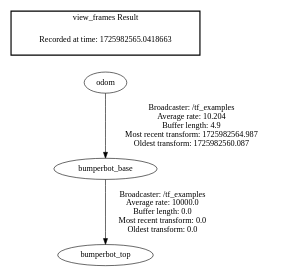
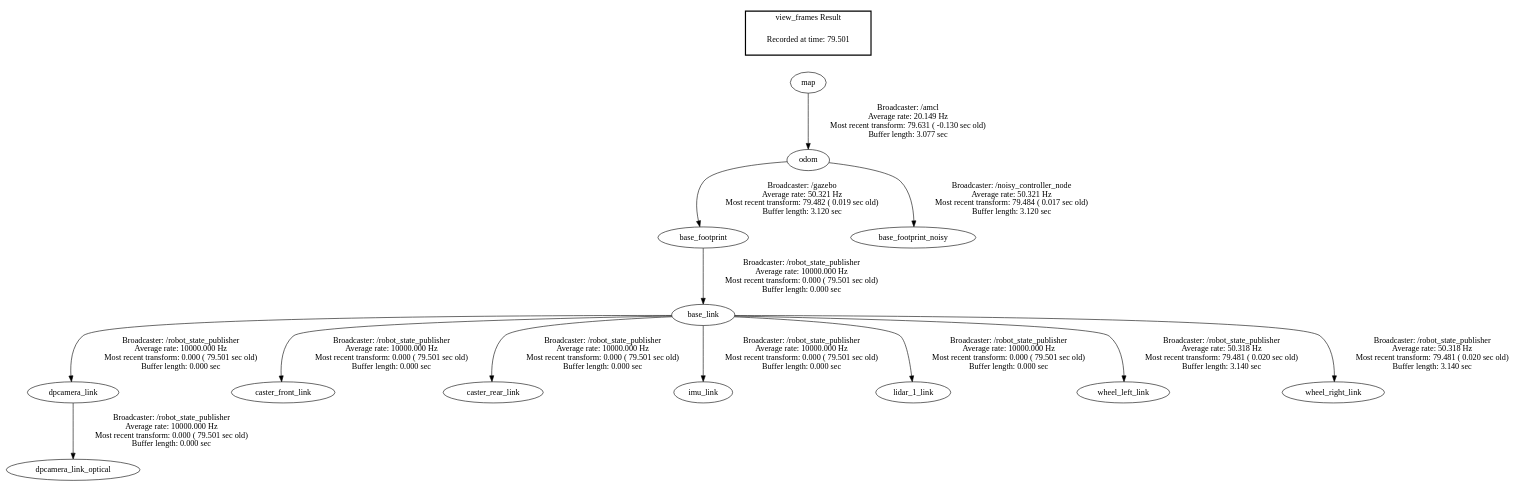
One commit to kwokkeith/Kepstone_Experimental_Robot changed the diagram in frames.gv. Above: the diagram before and after it, drawn with Graphviz. The commit also changed 393 other files, not shown here.

```diff
--- a/frames.gv
+++ b/frames.gv
@@ -1,8 +1,18 @@
 digraph G {
-"bumperbot_base" -> "bumperbot_top"[label=" Broadcaster: /tf_examples\nAverage rate: 10000.0\nBuffer length: 0.0\nMost recent transform: 0.0\nOldest transform: 0.0\n"];
-"odom" -> "bumperbot_base"[label=" Broadcaster: /tf_examples\nAverage rate: 10.204\nBuffer length: 4.9\nMost recent transform: 1725982564.987\nOldest transform: 1725982560.087\n"];
+"base_footprint" -> "base_link"[label="Broadcaster: /robot_state_publisher\nAverage rate: 10000.000 Hz\nMost recent transform: 0.000 ( 79.501 sec old)\nBuffer length: 0.000 sec\n"];
+"odom" -> "base_footprint"[label="Broadcaster: /gazebo\nAverage rate: 50.321 Hz\nMost recent transform: 79.482 ( 0.019 sec old)\nBuffer length: 3.120 sec\n"];
+"base_link" -> "dpcamera_link"[label="Broadcaster: /robot_state_publisher\nAverage rate: 10000.000 Hz\nMost recent transform: 0.000 ( 79.501 sec old)\nBuffer length: 0.000 sec\n"];
+"dpcamera_link" -> "dpcamera_link_optical"[label="Broadcaster: /robot_state_publisher\nAverage rate: 10000.000 Hz\nMost recent transform: 0.000 ( 79.501 sec old)\nBuffer length: 0.000 sec\n"];
+"base_link" -> "caster_front_link"[label="Broadcaster: /robot_state_publisher\nAverage rate: 10000.000 Hz\nMost recent transform: 0.000 ( 79.501 sec old)\nBuffer length: 0.000 sec\n"];
+"base_link" -> "caster_rear_link"[label="Broadcaster: /robot_state_publisher\nAverage rate: 10000.000 Hz\nMost recent transform: 0.000 ( 79.501 sec old)\nBuffer length: 0.000 sec\n"];
+"base_link" -> "imu_link"[label="Broadcaster: /robot_state_publisher\nAverage rate: 10000.000 Hz\nMost recent transform: 0.000 ( 79.501 sec old)\nBuffer length: 0.000 sec\n"];
+"base_link" -> "lidar_1_link"[label="Broadcaster: /robot_state_publisher\nAverage rate: 10000.000 Hz\nMost recent transform: 0.000 ( 79.501 sec old)\nBuffer length: 0.000 sec\n"];
+"base_link" -> "wheel_left_link"[label="Broadcaster: /robot_state_publisher\nAverage rate: 50.318 Hz\nMost recent transform: 79.481 ( 0.020 sec old)\nBuffer length: 3.140 sec\n"];
+"base_link" -> "wheel_right_link"[label="Broadcaster: /robot_state_publisher\nAverage rate: 50.318 Hz\nMost recent transform: 79.481 ( 0.020 sec old)\nBuffer length: 3.140 sec\n"];
+"map" -> "odom"[label="Broadcaster: /amcl\nAverage rate: 20.149 Hz\nMost recent transform: 79.631 ( -0.130 sec old)\nBuffer length: 3.077 sec\n"];
+"odom" -> "base_footprint_noisy"[label="Broadcaster: /noisy_controller_node\nAverage rate: 50.321 Hz\nMost recent transform: 79.484 ( 0.017 sec old)\nBuffer length: 3.120 sec\n"];
 edge [style=invis];
  subgraph cluster_legend { style=bold; color=black; label ="view_frames Result";
-"Recorded at time: 1725982565.0418663"[ shape=plaintext ] ;
-}->"odom";
+"Recorded at time: 79.501"[ shape=plaintext ] ;
+ }->"map";
 }
```
